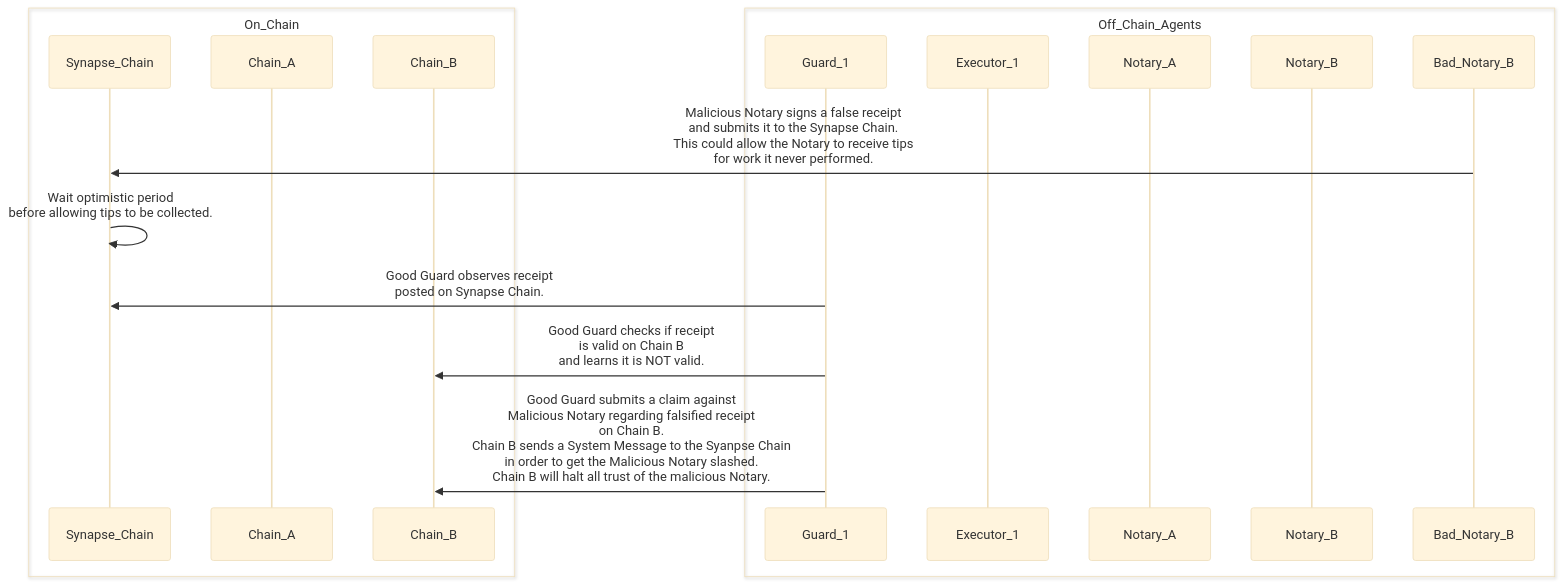
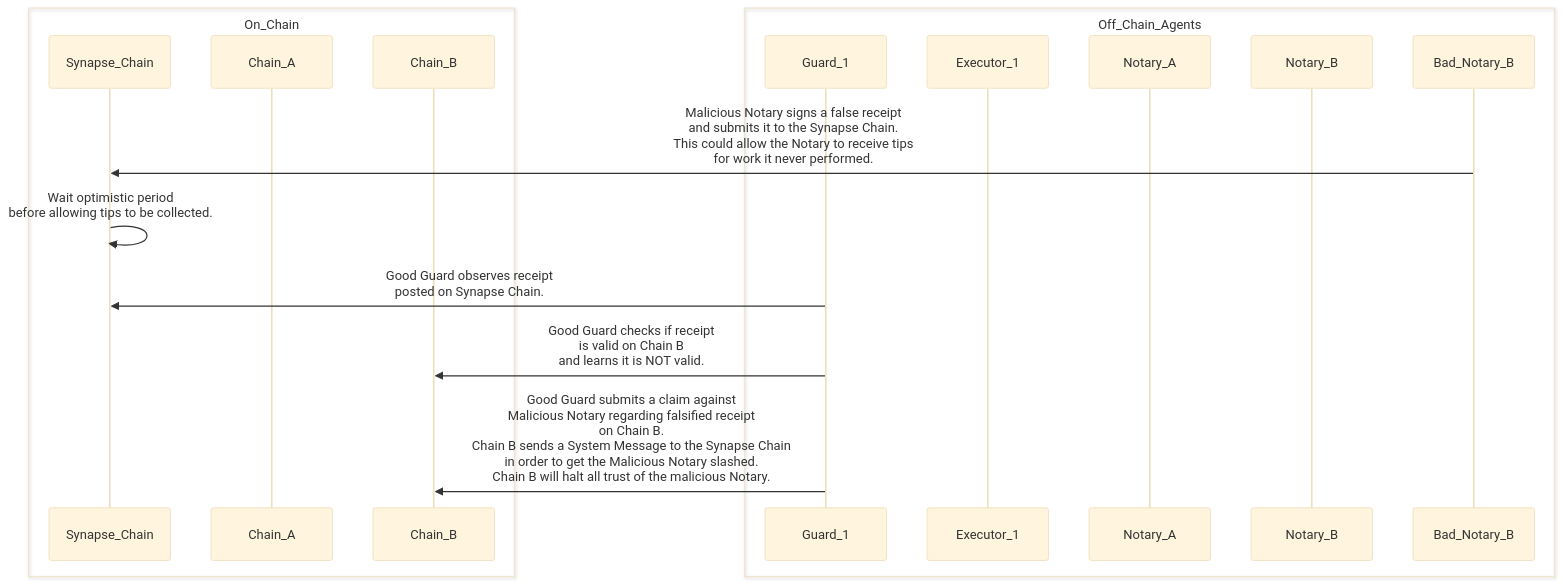
One commit to synapsecns/sanguine changed diagram 15 of 15 in packages/docs/docs/consensus/crosschainmessaging.md. Above: the diagram before and after it, drawn with Mermaid (base theme). The commit also changed other lines of this file and 1 other file, not shown here.

````diff
--- a/packages/docs/docs/consensus/crosschainmessaging.md
+++ b/packages/docs/docs/consensus/crosschainmessaging.md
@@ -822,20 +825,20 @@
 ```mermaid
 sequenceDiagram
     box On_Chain
     participant Synapse_Chain
     participant Chain_A
     participant Chain_B
     end
     box Off_Chain_Agents
     participant Guard_1
     participant Executor_1
     participant Notary_A
     participant Notary_B
     participant Bad_Notary_B
     end
     Bad_Notary_B->>Synapse_Chain: Malicious Notary signs a false receipt<br/> and submits it to the Synapse Chain.<br/> This could allow the Notary to receive tips<br/> for work it never performed.
     Synapse_Chain->>Synapse_Chain: Wait optimistic period<br/> before allowing tips to be collected.
     Guard_1->>Synapse_Chain: Good Guard observes receipt<br/> posted on Synapse Chain.
     Guard_1->>Chain_B: Good Guard checks if receipt<br/> is valid on Chain B<br/> and learns it is NOT valid.
-    Guard_1->>Chain_B: Good Guard submits a claim against<br/> Malicious Notary regarding falsified receipt<br/> on Chain B.<br/> Chain B sends a System Message to the Syanpse Chain<br/> in order to get the Malicious Notary slashed. <br/>Chain B will halt all trust of the malicious Notary.
+    Guard_1->>Chain_B: Good Guard submits a claim against<br/> Malicious Notary regarding falsified receipt<br/> on Chain B.<br/> Chain B sends a System Message to the Synapse Chain<br/> in order to get the Malicious Notary slashed. <br/>Chain B will halt all trust of the malicious Notary.
 ```
````
